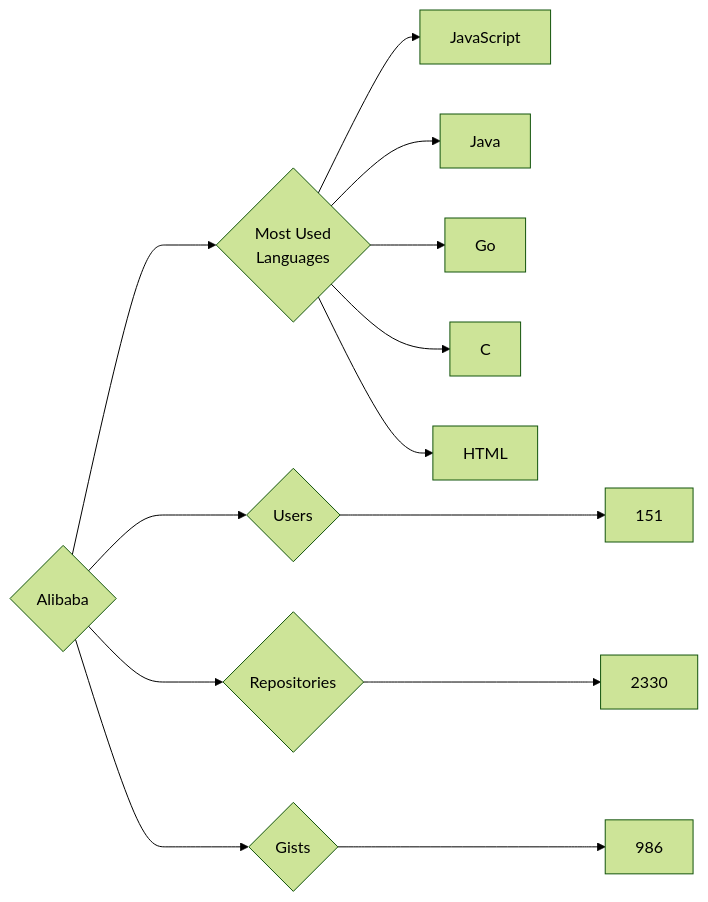
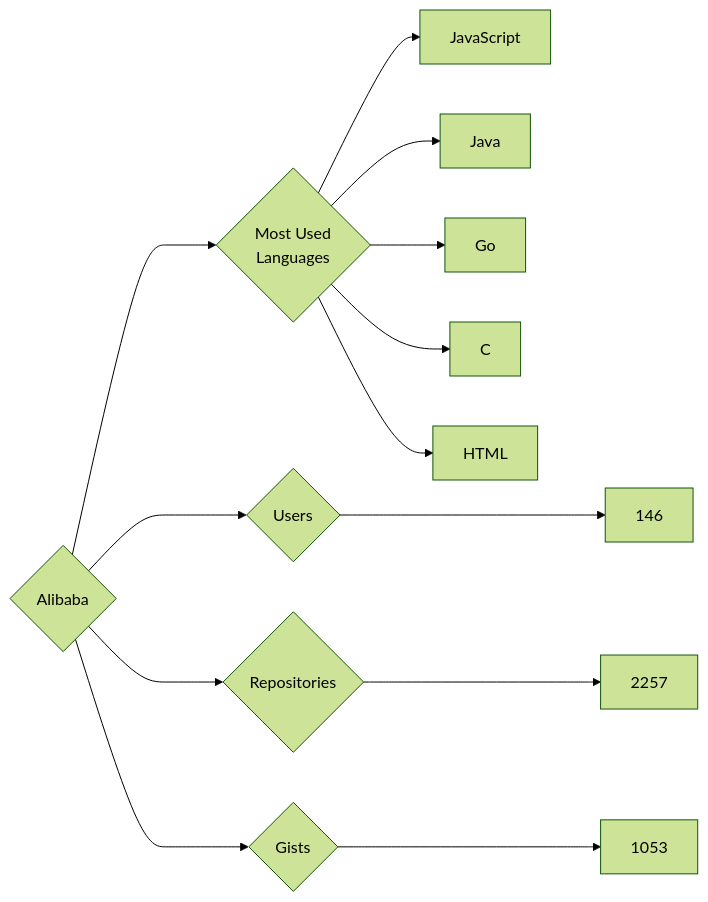
Before and after one commit to trickest/insiders: the diagram in targets/Alibaba/README.md, drawn with Mermaid (forest theme). The commit also changed 782 other files, not shown here.

````diff
--- a/targets/Alibaba/README.md
+++ b/targets/Alibaba/README.md
@@ -3,13 +3,13 @@
 ```mermaid
 graph LR
 COMPANY_NAME{Alibaba}
-COMPANY_NAME ---> U{Users} ---> UN[151]
-COMPANY_NAME ---> R{Repositories} ---> RN[2330]
-COMPANY_NAME ---> G{Gists} ---> GN[986]
+COMPANY_NAME ---> U{Users} ---> UN[146]
+COMPANY_NAME ---> R{Repositories} ---> RN[2257]
+COMPANY_NAME ---> G{Gists} ---> GN[1053]
 COMPANY_NAME ---> ML{Most Used<br>Languages}
 ML --> JavaScript[JavaScript]
 ML --> Java[Java]
 ML --> Go[Go]
 ML --> C[C]
 ML --> HTML[HTML]
 ```
````
